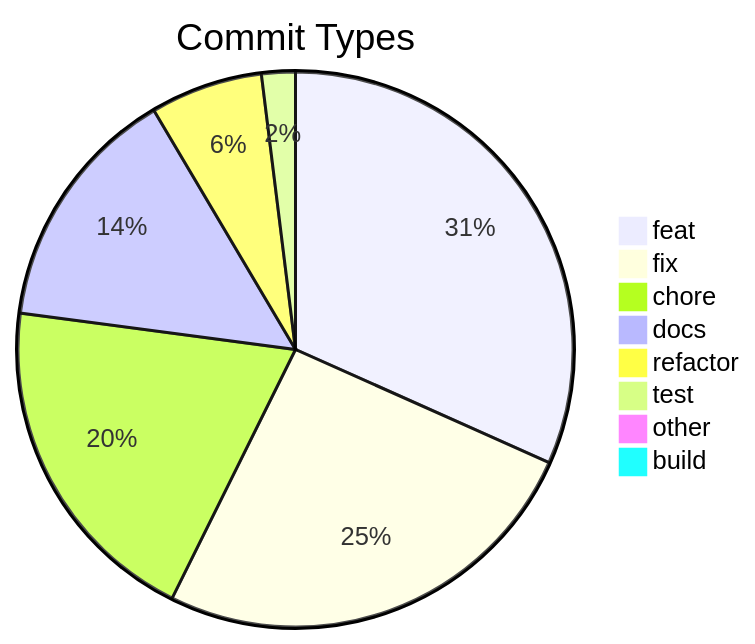
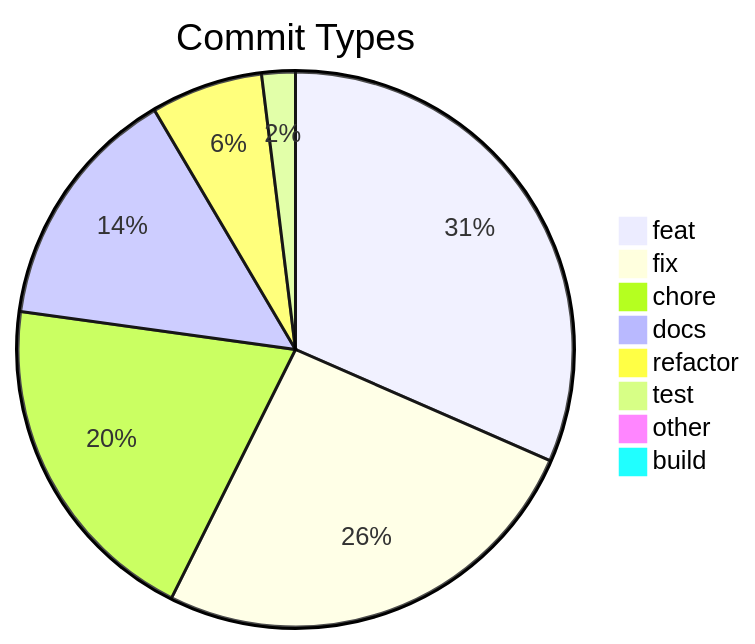
Before and after one commit to svenroth-ai/shipwright: the diagram in .shipwright/compliance/change-history.md, drawn with Mermaid. The commit also changed other lines of this file and 16 other files, not shown here.

````diff
--- a/.shipwright/compliance/change-history.md
+++ b/.shipwright/compliance/change-history.md
@@ -8,11 +8,11 @@
 ```mermaid
 pie title Commit Types
     "feat" : 242
-    "fix" : 196
-    "chore" : 151
+    "fix" : 198
+    "chore" : 152
     "docs" : 110
     "refactor" : 50
     "test" : 15
     "other" : 7
     "build" : 1
 ```
````
